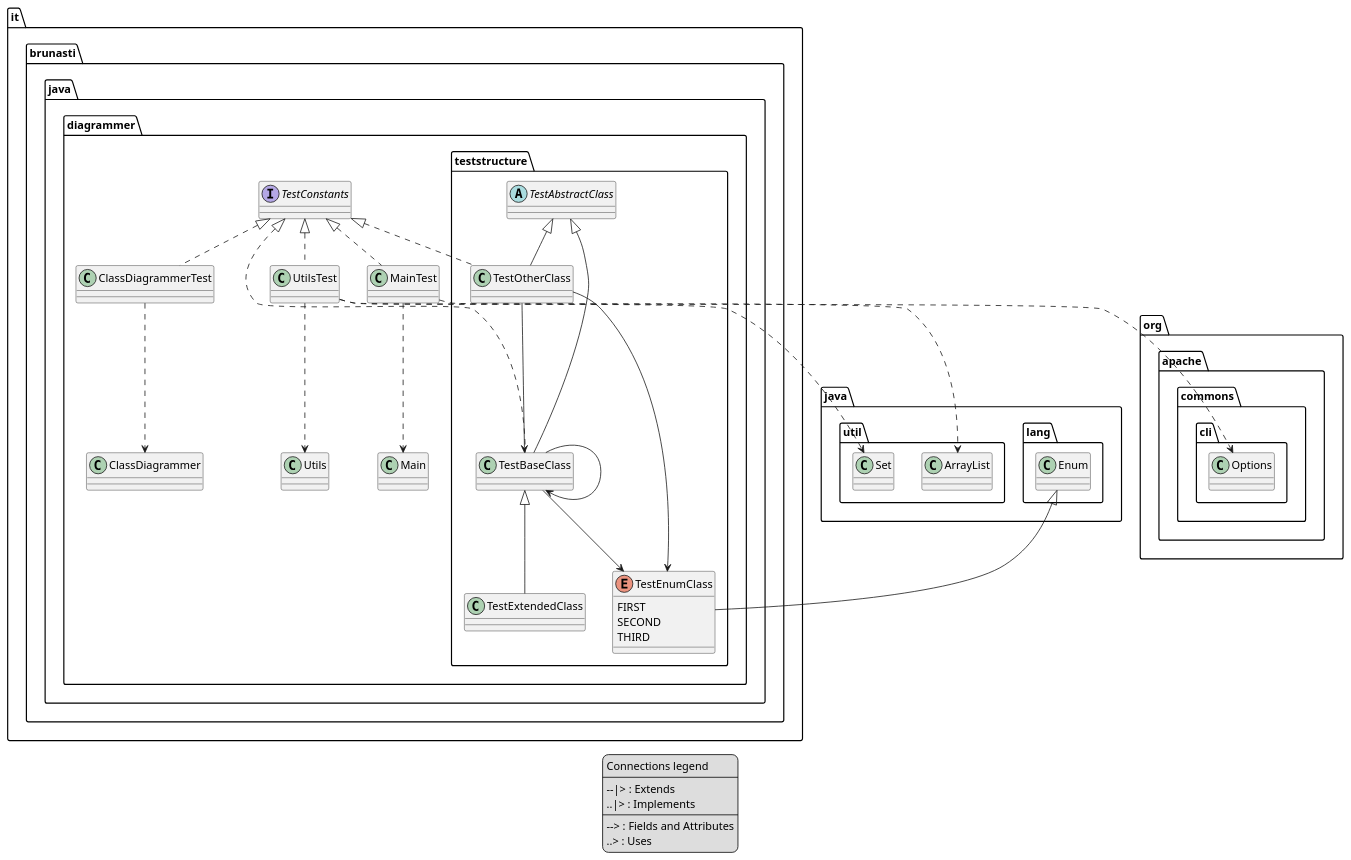
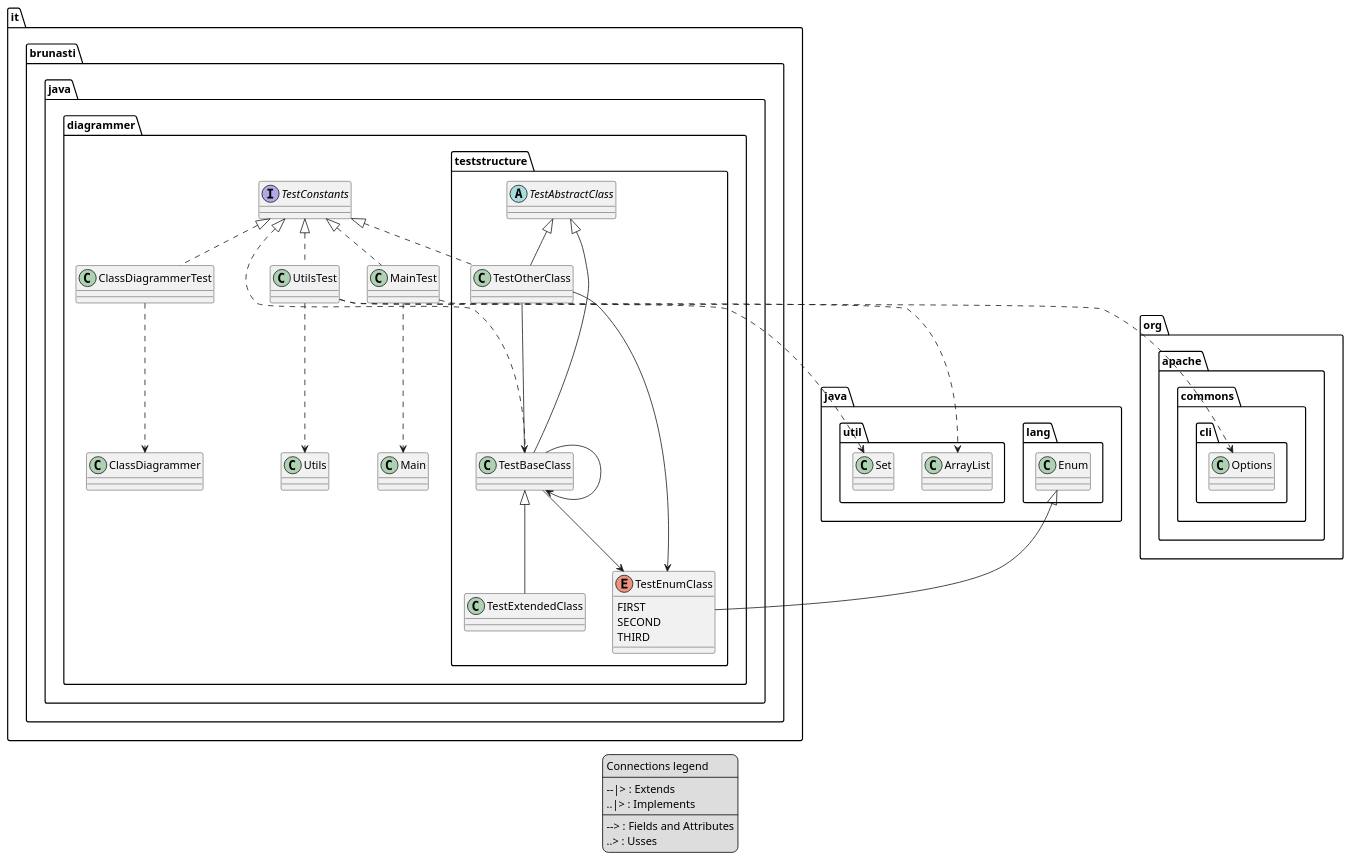
One commit to brunasti/java-diagrammer changed the diagram in temp/output-test.puml. Above: the diagram before and after it, drawn with PlantUML. The commit also changed 1 other file, not shown here.

Commit message:
Updates diagram images final

```diff
--- a/temp/output-test.puml
+++ b/temp/output-test.puml
@@ -1,64 +1,64 @@
 @startuml
 'https://plantuml.com/class-diagram
 
 ' GENERATE CLASS DIAGRAM ===========
 ' Generator       : it.brunasti.java.diagrammer.ClassDiagrammer
 ' Path            : [./target/test-classes]
 ' Configuration   : []
-' Generated at    : Thu Mar 28 10:23:34 CET 2024
+' Generated at    : Thu Mar 28 10:25:06 CET 2024
 legend
 Connections legend
 ----
 --|> : Extends
 ..|> : Implements
 ----
 --> : Fields and Attributes
-..> : Uses
+..> : Usses
 end legend
 
 
 
 ' CLASSES =======
 class it.brunasti.java.diagrammer.ClassDiagrammerTest
 class it.brunasti.java.diagrammer.UtilsTest
 interface it.brunasti.java.diagrammer.TestConstants
 abstract it.brunasti.java.diagrammer.teststructure.TestAbstractClass
 class it.brunasti.java.diagrammer.teststructure.TestBaseClass
 enum it.brunasti.java.diagrammer.teststructure.TestEnumClass{
   FIRST
   SECOND
   THIRD
 }
 class it.brunasti.java.diagrammer.teststructure.TestExtendedClass
 class it.brunasti.java.diagrammer.teststructure.TestOtherClass
 class it.brunasti.java.diagrammer.MainTest
 
 ' INHERITANCES =======
 it.brunasti.java.diagrammer.teststructure.TestAbstractClass <|-- it.brunasti.java.diagrammer.teststructure.TestBaseClass
 java.lang.Enum <|-- it.brunasti.java.diagrammer.teststructure.TestEnumClass
 it.brunasti.java.diagrammer.teststructure.TestBaseClass <|-- it.brunasti.java.diagrammer.teststructure.TestExtendedClass
 it.brunasti.java.diagrammer.teststructure.TestAbstractClass <|-- it.brunasti.java.diagrammer.teststructure.TestOtherClass
 
 ' IMPLEMENT INTERFACE =======
 it.brunasti.java.diagrammer.TestConstants <|.. it.brunasti.java.diagrammer.ClassDiagrammerTest
 it.brunasti.java.diagrammer.TestConstants <|.. it.brunasti.java.diagrammer.UtilsTest
 it.brunasti.java.diagrammer.TestConstants <|.. it.brunasti.java.diagrammer.teststructure.TestBaseClass
 it.brunasti.java.diagrammer.TestConstants <|.. it.brunasti.java.diagrammer.teststructure.TestOtherClass
 it.brunasti.java.diagrammer.TestConstants <|.. it.brunasti.java.diagrammer.MainTest
 
 ' FIELDS =======
 it.brunasti.java.diagrammer.teststructure.TestBaseClass --> it.brunasti.java.diagrammer.teststructure.TestBaseClass
 it.brunasti.java.diagrammer.teststructure.TestBaseClass --> it.brunasti.java.diagrammer.teststructure.TestEnumClass
 it.brunasti.java.diagrammer.teststructure.TestOtherClass --> it.brunasti.java.diagrammer.teststructure.TestBaseClass
 it.brunasti.java.diagrammer.teststructure.TestOtherClass --> it.brunasti.java.diagrammer.teststructure.TestEnumClass
 
 ' USES =======
 it.brunasti.java.diagrammer.ClassDiagrammerTest ..> it.brunasti.java.diagrammer.ClassDiagrammer
 it.brunasti.java.diagrammer.UtilsTest ..> it.brunasti.java.diagrammer.Utils
 it.brunasti.java.diagrammer.UtilsTest ..> java.util.Set
 it.brunasti.java.diagrammer.UtilsTest ..> java.util.ArrayList
 it.brunasti.java.diagrammer.MainTest ..> it.brunasti.java.diagrammer.Main
 it.brunasti.java.diagrammer.MainTest ..> org.apache.commons.cli.Options
 
 
 @enduml
```
